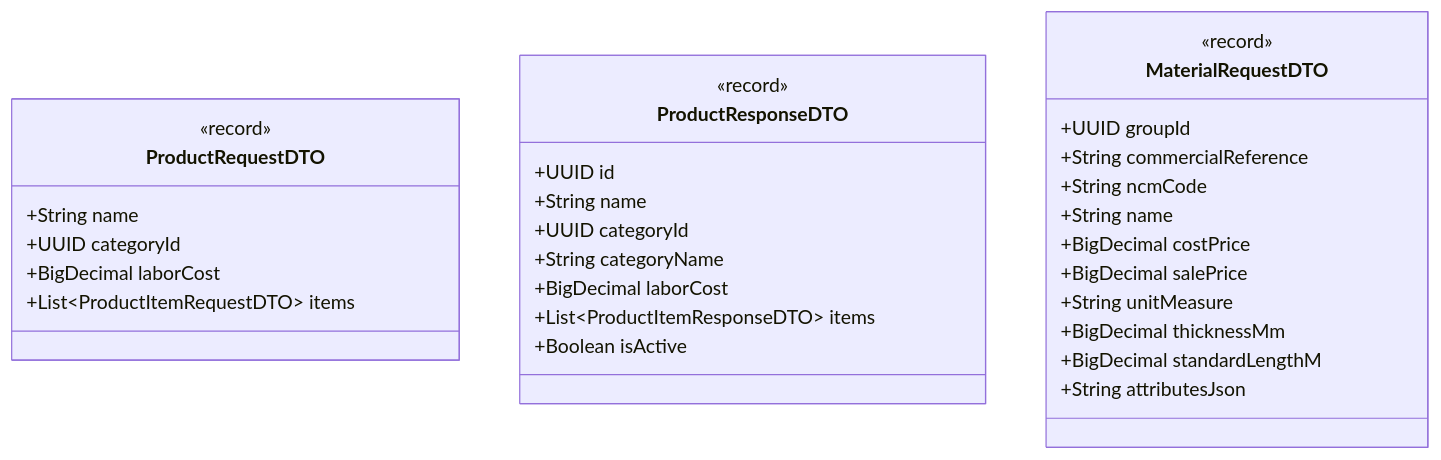
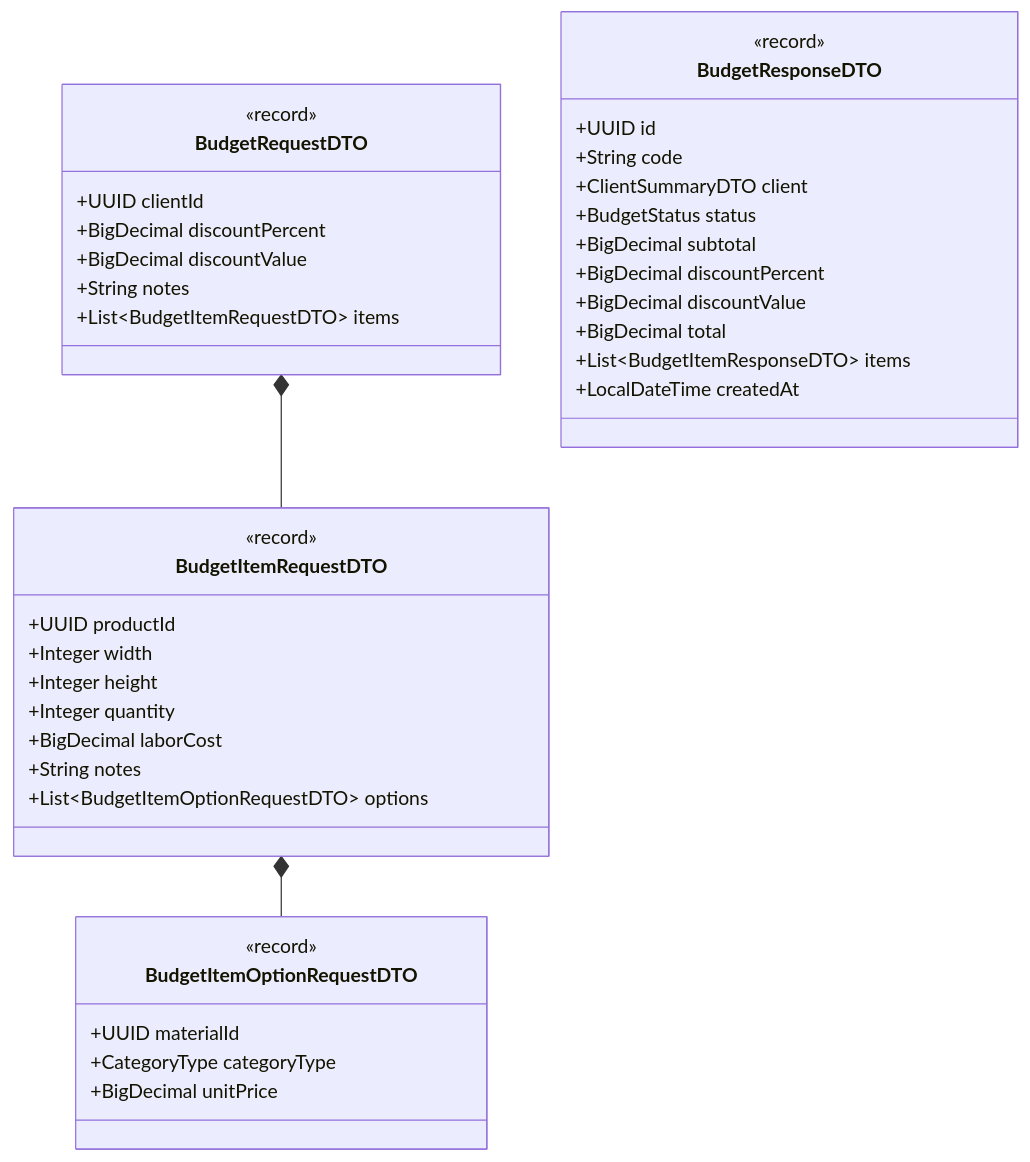
The fourth of 4 diagrams in docs/sistema/001-analise-projeto/DCC-Diagramas_de_Classes.md (ADS-IFPB-SR/alumigest), drawn with Mermaid before and after one commit. The commit also changed other lines of this file and 93 other files, not shown here.

````diff
--- a/docs/sistema/001-analise-projeto/DCC-Diagramas_de_Classes.md
+++ b/docs/sistema/001-analise-projeto/DCC-Diagramas_de_Classes.md
@@ -116,35 +227,46 @@
 ```mermaid
 classDiagram
-    class ProductRequestDTO {
+    class BudgetRequestDTO {
         <<record>>
-        +String name
-        +UUID categoryId
-        +BigDecimal laborCost
-        +List~ProductItemRequestDTO~ items
+        +UUID clientId
+        +BigDecimal discountPercent
+        +BigDecimal discountValue
+        +String notes
+        +List~BudgetItemRequestDTO~ items
     }
 
-    class ProductResponseDTO {
+    class BudgetItemRequestDTO {
+        <<record>>
+        +UUID productId
+        +Integer width
+        +Integer height
+        +Integer quantity
+        +BigDecimal laborCost
+        +String notes
+        +List~BudgetItemOptionRequestDTO~ options
+    }
+
+    class BudgetItemOptionRequestDTO {
+        <<record>>
+        +UUID materialId
+        +CategoryType categoryType
+        +BigDecimal unitPrice
+    }
+
+    class BudgetResponseDTO {
         <<record>>
         +UUID id
-        +String name
-        +UUID categoryId
-        +String categoryName
-        +BigDecimal laborCost
-        +List~ProductItemResponseDTO~ items
-        +Boolean isActive
+        +String code
+        +ClientSummaryDTO client
+        +BudgetStatus status
+        +BigDecimal subtotal
+        +BigDecimal discountPercent
+        +BigDecimal discountValue
+        +BigDecimal total
+        +List~BudgetItemResponseDTO~ items
+        +LocalDateTime createdAt
     }
 
-    class MaterialRequestDTO {
-        <<record>>
-        +UUID groupId
-        +String commercialReference
-        +String ncmCode
-        +String name
-        +BigDecimal costPrice
-        +BigDecimal salePrice
-        +String unitMeasure
-        +BigDecimal thicknessMm
-        +BigDecimal standardLengthM
-        +String attributesJson
-    }
+    BudgetRequestDTO *-- BudgetItemRequestDTO
+    BudgetItemRequestDTO *-- BudgetItemOptionRequestDTO
 ```
````
